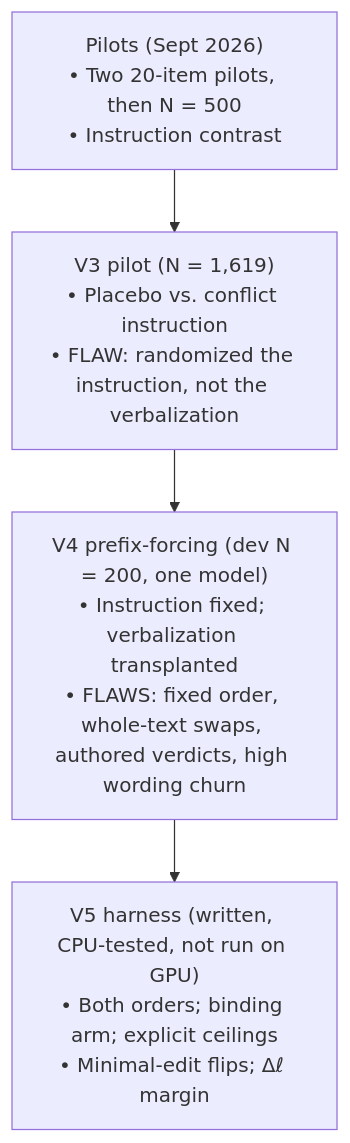
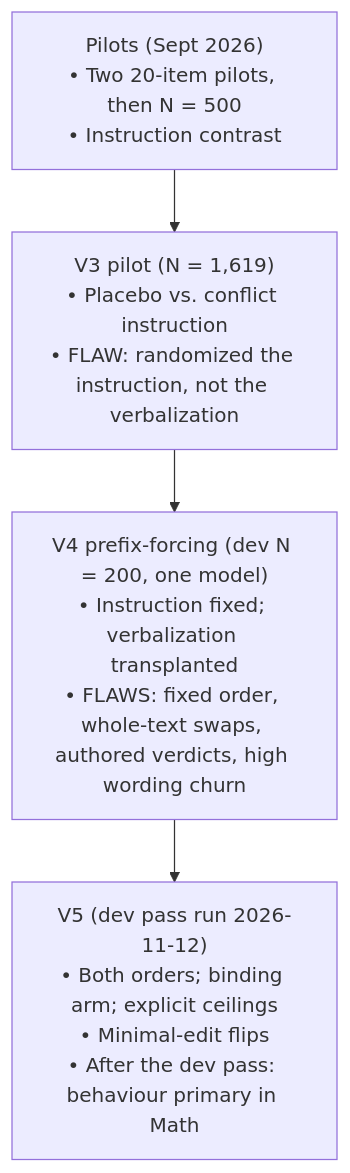
Before and after one commit to Mohammad-Zahed-Hossen/Thesis: the second of 3 diagrams in Causal Conflict Verbalization and Source Arbitration/Thesis/docs/Understanding/Thesis Understanding FAQ (Gemini 3.8 Flash).md, drawn with Mermaid. The commit also changed other lines of this file and 11 other files, not shown here.

````diff
--- a/Causal Conflict Verbalization and Source Arbitration/Thesis/docs/Understanding/Thesis Understanding FAQ (Gemini 3.8 Flash).md
+++ b/Causal Conflict Verbalization and Source Arbitration/Thesis/docs/Understanding/Thesis Understanding FAQ (Gemini 3.8 Flash).md
@@ -155,9 +156,9 @@
 ```mermaid
 flowchart TD
     P["Pilots (Sept 2026)<br>• Two 20-item pilots, then N = 500<br>• Instruction contrast"]
     V3["V3 pilot (N = 1,619)<br>• Placebo vs. conflict instruction<br>• FLAW: randomized the instruction, not the verbalization"]
     V4["V4 prefix-forcing (dev N = 200, one model)<br>• Instruction fixed; verbalization transplanted<br>• FLAWS: fixed order, whole-text swaps, authored verdicts, high wording churn"]
-    V5["V5 harness (written, CPU-tested, not run on GPU)<br>• Both orders; binding arm; explicit ceilings<br>• Minimal-edit flips; Δℓ margin"]
+    V5["V5 (dev pass run 2026-11-12)<br>• Both orders; binding arm; explicit ceilings<br>• Minimal-edit flips<br>• After the dev pass: behaviour primary in Math"]
 
     P --> V3 --> V4 --> V5
 ```
````
